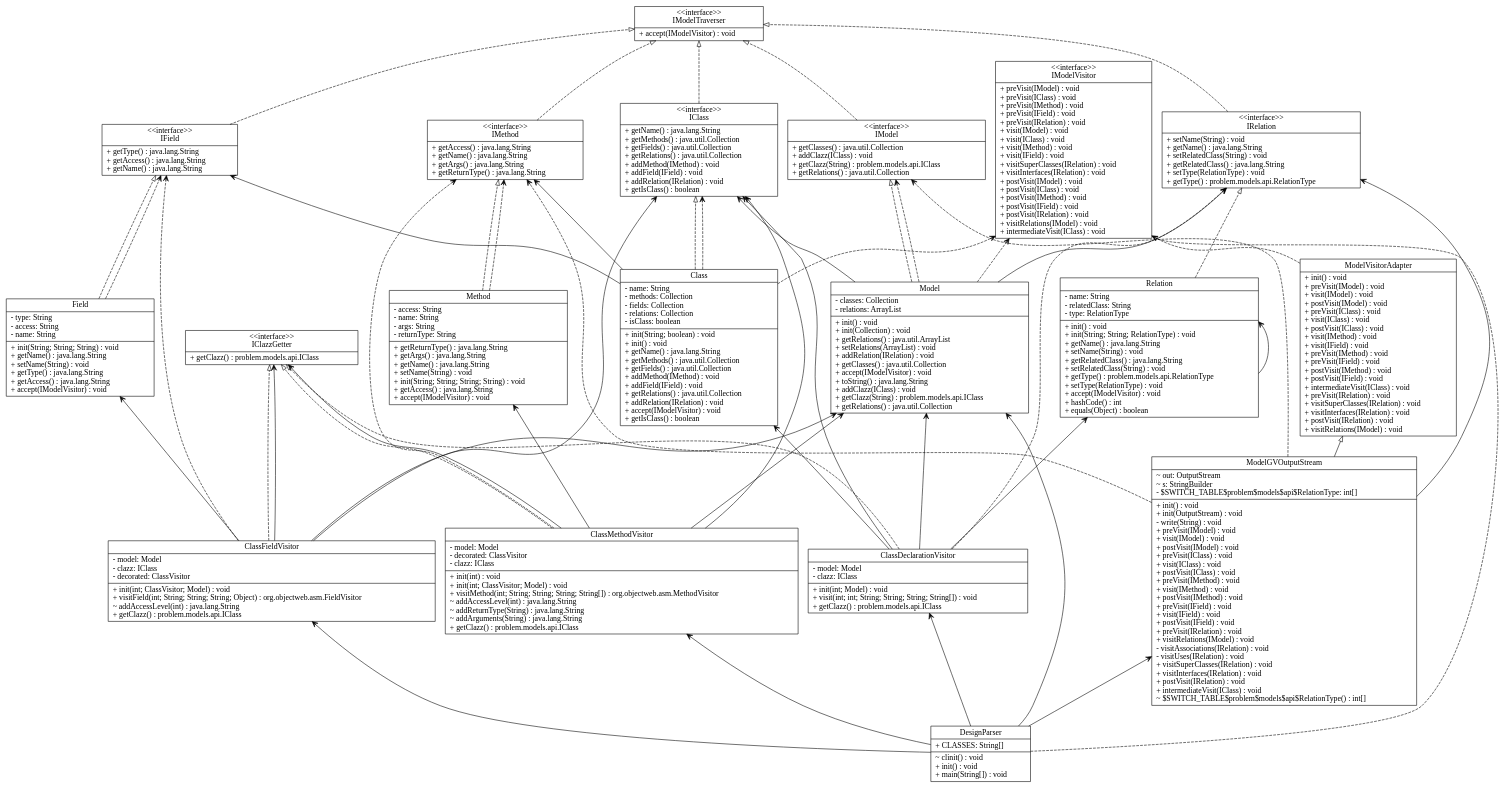
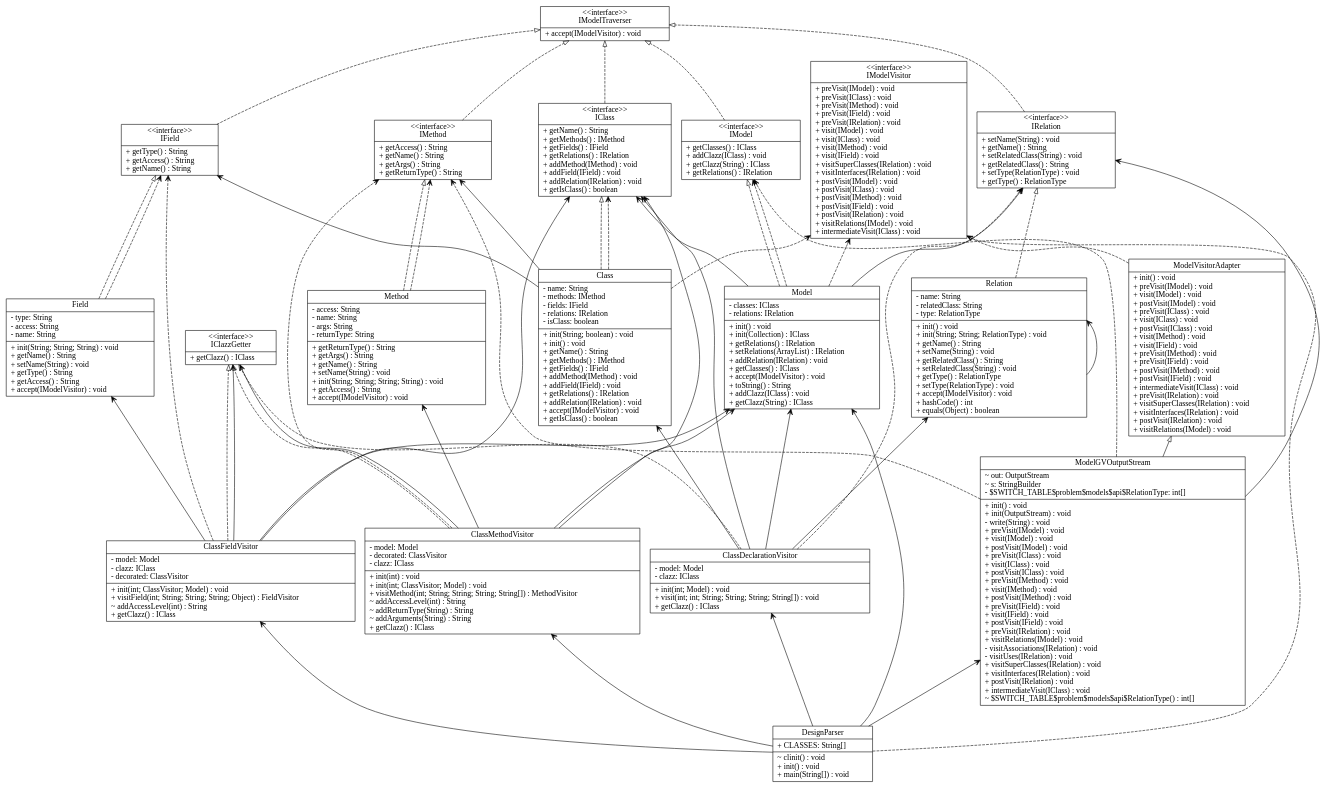
One commit to tpunt3/Csse374 changed the diagram in input_output/model.gv. Above: the diagram before and after it, drawn with Graphviz. The commit also changed 10 other files, not shown here.

```diff
--- a/input_output/model.gv
+++ b/input_output/model.gv
@@ -1,149 +1,149 @@
 digraph model{
 rankdir = BT;
 ClassDeclarationVisitor [
 shape="record",
-label = "{ClassDeclarationVisitor| - model: Model\l- clazz: IClass\l|+ init(int; Model) : void\l+ visit(int; int; String; String; String; String[]) : void\l+ getClazz() : problem.models.api.IClass\l}"
+label = "{ClassDeclarationVisitor| - model: Model\l- clazz: IClass\l|+ init(int; Model) : void\l+ visit(int; int; String; String; String; String[]) : void\l+ getClazz() : IClass\l}"
 ];
 
 ClassFieldVisitor [
 shape="record",
-label = "{ClassFieldVisitor| - model: Model\l- clazz: IClass\l- decorated: ClassVisitor\l|+ init(int; ClassVisitor; Model) : void\l+ visitField(int; String; String; String; Object) : org.objectweb.asm.FieldVisitor\l~ addAccessLevel(int) : java.lang.String\l+ getClazz() : problem.models.api.IClass\l}"
+label = "{ClassFieldVisitor| - model: Model\l- clazz: IClass\l- decorated: ClassVisitor\l|+ init(int; ClassVisitor; Model) : void\l+ visitField(int; String; String; String; Object) : FieldVisitor\l~ addAccessLevel(int) : String\l+ getClazz() : IClass\l}"
 ];
 
 ClassMethodVisitor [
 shape="record",
-label = "{ClassMethodVisitor| - model: Model\l- decorated: ClassVisitor\l- clazz: IClass\l|+ init(int) : void\l+ init(int; ClassVisitor; Model) : void\l+ visitMethod(int; String; String; String; String[]) : org.objectweb.asm.MethodVisitor\l~ addAccessLevel(int) : java.lang.String\l~ addReturnType(String) : java.lang.String\l~ addArguments(String) : java.lang.String\l+ getClazz() : problem.models.api.IClass\l}"
+label = "{ClassMethodVisitor| - model: Model\l- decorated: ClassVisitor\l- clazz: IClass\l|+ init(int) : void\l+ init(int; ClassVisitor; Model) : void\l+ visitMethod(int; String; String; String; String[]) : MethodVisitor\l~ addAccessLevel(int) : String\l~ addReturnType(String) : String\l~ addArguments(String) : String\l+ getClazz() : IClass\l}"
 ];
 
 DesignParser [
 shape="record",
 label = "{DesignParser| + CLASSES: String[]\l|~ clinit() : void\l+ init() : void\l+ main(String[]) : void\l}"
 ];
 
 IClazzGetter [
 shape="record",
-label = "{\<\<interface\>\>\nIClazzGetter| + getClazz() : problem.models.api.IClass\l}"
+label = "{\<\<interface\>\>\nIClazzGetter| + getClazz() : IClass\l}"
 ];
 
 IModelTraverser [
 shape="record",
 label = "{\<\<interface\>\>\nIModelTraverser| + accept(IModelVisitor) : void\l}"
 ];
 
 IModelVisitor [
 shape="record",
 label = "{\<\<interface\>\>\nIModelVisitor| + preVisit(IModel) : void\l+ preVisit(IClass) : void\l+ preVisit(IMethod) : void\l+ preVisit(IField) : void\l+ preVisit(IRelation) : void\l+ visit(IModel) : void\l+ visit(IClass) : void\l+ visit(IMethod) : void\l+ visit(IField) : void\l+ visitSuperClasses(IRelation) : void\l+ visitInterfaces(IRelation) : void\l+ postVisit(IModel) : void\l+ postVisit(IClass) : void\l+ postVisit(IMethod) : void\l+ postVisit(IField) : void\l+ postVisit(IRelation) : void\l+ visitRelations(IModel) : void\l+ intermediateVisit(IClass) : void\l}"
 ];
 
 ModelVisitorAdapter [
 shape="record",
 label = "{ModelVisitorAdapter| + init() : void\l+ preVisit(IModel) : void\l+ visit(IModel) : void\l+ postVisit(IModel) : void\l+ preVisit(IClass) : void\l+ visit(IClass) : void\l+ postVisit(IClass) : void\l+ visit(IMethod) : void\l+ visit(IField) : void\l+ preVisit(IMethod) : void\l+ preVisit(IField) : void\l+ postVisit(IMethod) : void\l+ postVisit(IField) : void\l+ intermediateVisit(IClass) : void\l+ preVisit(IRelation) : void\l+ visitSuperClasses(IRelation) : void\l+ visitInterfaces(IRelation) : void\l+ postVisit(IRelation) : void\l+ visitRelations(IModel) : void\l}"
 ];
 
 IClass [
 shape="record",
-label = "{\<\<interface\>\>\nIClass| + getName() : java.lang.String\l+ getMethods() : java.util.Collection\l+ getFields() : java.util.Collection\l+ getRelations() : java.util.Collection\l+ addMethod(IMethod) : void\l+ addField(IField) : void\l+ addRelation(IRelation) : void\l+ getIsClass() : boolean\l}"
+label = "{\<\<interface\>\>\nIClass| + getName() : String\l+ getMethods() : IMethod\l+ getFields() : IField\l+ getRelations() : IRelation\l+ addMethod(IMethod) : void\l+ addField(IField) : void\l+ addRelation(IRelation) : void\l+ getIsClass() : boolean\l}"
 ];
 
 IField [
 shape="record",
-label = "{\<\<interface\>\>\nIField| + getType() : java.lang.String\l+ getAccess() : java.lang.String\l+ getName() : java.lang.String\l}"
+label = "{\<\<interface\>\>\nIField| + getType() : String\l+ getAccess() : String\l+ getName() : String\l}"
 ];
 
 IMethod [
 shape="record",
-label = "{\<\<interface\>\>\nIMethod| + getAccess() : java.lang.String\l+ getName() : java.lang.String\l+ getArgs() : java.lang.String\l+ getReturnType() : java.lang.String\l}"
+label = "{\<\<interface\>\>\nIMethod| + getAccess() : String\l+ getName() : String\l+ getArgs() : String\l+ getReturnType() : String\l}"
 ];
 
 IModel [
 shape="record",
-label = "{\<\<interface\>\>\nIModel| + getClasses() : java.util.Collection\l+ addClazz(IClass) : void\l+ getClazz(String) : problem.models.api.IClass\l+ getRelations() : java.util.Collection\l}"
+label = "{\<\<interface\>\>\nIModel| + getClasses() : IClass\l+ addClazz(IClass) : void\l+ getClazz(String) : IClass\l+ getRelations() : IRelation\l}"
 ];
 
 IRelation [
 shape="record",
-label = "{\<\<interface\>\>\nIRelation| + setName(String) : void\l+ getName() : java.lang.String\l+ setRelatedClass(String) : void\l+ getRelatedClass() : java.lang.String\l+ setType(RelationType) : void\l+ getType() : problem.models.api.RelationType\l}"
+label = "{\<\<interface\>\>\nIRelation| + setName(String) : void\l+ getName() : String\l+ setRelatedClass(String) : void\l+ getRelatedClass() : String\l+ setType(RelationType) : void\l+ getType() : RelationType\l}"
 ];
 
 Class [
 shape="record",
-label = "{Class| - name: String\l- methods: Collection\l- fields: Collection\l- relations: Collection\l- isClass: boolean\l|+ init(String; boolean) : void\l+ init() : void\l+ getName() : java.lang.String\l+ getMethods() : java.util.Collection\l+ getFields() : java.util.Collection\l+ addMethod(IMethod) : void\l+ addField(IField) : void\l+ getRelations() : java.util.Collection\l+ addRelation(IRelation) : void\l+ accept(IModelVisitor) : void\l+ getIsClass() : boolean\l}"
+label = "{Class| - name: String\l- methods: IMethod\l- fields: IField\l- relations: IRelation\l- isClass: boolean\l|+ init(String; boolean) : void\l+ init() : void\l+ getName() : String\l+ getMethods() : IMethod\l+ getFields() : IField\l+ addMethod(IMethod) : void\l+ addField(IField) : void\l+ getRelations() : IRelation\l+ addRelation(IRelation) : void\l+ accept(IModelVisitor) : void\l+ getIsClass() : boolean\l}"
 ];
 
 Field [
 shape="record",
-label = "{Field| - type: String\l- access: String\l- name: String\l|+ init(String; String; String) : void\l+ getName() : java.lang.String\l+ setName(String) : void\l+ getType() : java.lang.String\l+ getAccess() : java.lang.String\l+ accept(IModelVisitor) : void\l}"
+label = "{Field| - type: String\l- access: String\l- name: String\l|+ init(String; String; String) : void\l+ getName() : String\l+ setName(String) : void\l+ getType() : String\l+ getAccess() : String\l+ accept(IModelVisitor) : void\l}"
 ];
 
 Method [
 shape="record",
-label = "{Method| - access: String\l- name: String\l- args: String\l- returnType: String\l|+ getReturnType() : java.lang.String\l+ getArgs() : java.lang.String\l+ getName() : java.lang.String\l+ setName(String) : void\l+ init(String; String; String; String) : void\l+ getAccess() : java.lang.String\l+ accept(IModelVisitor) : void\l}"
+label = "{Method| - access: String\l- name: String\l- args: String\l- returnType: String\l|+ getReturnType() : String\l+ getArgs() : String\l+ getName() : String\l+ setName(String) : void\l+ init(String; String; String; String) : void\l+ getAccess() : String\l+ accept(IModelVisitor) : void\l}"
 ];
 
 Model [
 shape="record",
-label = "{Model| - classes: Collection\l- relations: ArrayList\l|+ init() : void\l+ init(Collection) : void\l+ getRelations() : java.util.ArrayList\l+ setRelations(ArrayList) : void\l+ addRelation(IRelation) : void\l+ getClasses() : java.util.Collection\l+ accept(IModelVisitor) : void\l+ toString() : java.lang.String\l+ addClazz(IClass) : void\l+ getClazz(String) : problem.models.api.IClass\l+ getRelations() : java.util.Collection\l}"
+label = "{Model| - classes: IClass\l- relations: IRelation\l|+ init() : void\l+ init(Collection) : IClass\l+ getRelations() : IRelation\l+ setRelations(ArrayList) : IRelation\l+ addRelation(IRelation) : void\l+ getClasses() : IClass\l+ accept(IModelVisitor) : void\l+ toString() : String\l+ addClazz(IClass) : void\l+ getClazz(String) : IClass\l}"
 ];
 
 ModelGVOutputStream [
 shape="record",
 label = "{ModelGVOutputStream| ~ out: OutputStream\l~ s: StringBuilder\l- $SWITCH_TABLE$problem$models$api$RelationType: int[]\l|+ init() : void\l+ init(OutputStream) : void\l- write(String) : void\l+ preVisit(IModel) : void\l+ visit(IModel) : void\l+ postVisit(IModel) : void\l+ preVisit(IClass) : void\l+ visit(IClass) : void\l+ postVisit(IClass) : void\l+ preVisit(IMethod) : void\l+ visit(IMethod) : void\l+ postVisit(IMethod) : void\l+ preVisit(IField) : void\l+ visit(IField) : void\l+ postVisit(IField) : void\l+ preVisit(IRelation) : void\l+ visitRelations(IModel) : void\l- visitAssociations(IRelation) : void\l- visitUses(IRelation) : void\l+ visitSuperClasses(IRelation) : void\l+ visitInterfaces(IRelation) : void\l+ postVisit(IRelation) : void\l+ intermediateVisit(IClass) : void\l~ $SWITCH_TABLE$problem$models$api$RelationType() : int[]\l}"
 ];
 
 Relation [
 shape="record",
-label = "{Relation| - name: String\l- relatedClass: String\l- type: RelationType\l|+ init() : void\l+ init(String; String; RelationType) : void\l+ getName() : java.lang.String\l+ setName(String) : void\l+ getRelatedClass() : java.lang.String\l+ setRelatedClass(String) : void\l+ getType() : problem.models.api.RelationType\l+ setType(RelationType) : void\l+ accept(IModelVisitor) : void\l+ hashCode() : int\l+ equals(Object) : boolean\l}"
+label = "{Relation| - name: String\l- relatedClass: String\l- type: RelationType\l|+ init() : void\l+ init(String; String; RelationType) : void\l+ getName() : String\l+ setName(String) : void\l+ getRelatedClass() : String\l+ setRelatedClass(String) : void\l+ getType() : RelationType\l+ setType(RelationType) : void\l+ accept(IModelVisitor) : void\l+ hashCode() : int\l+ equals(Object) : boolean\l}"
 ];
 
 //writing relations between classes now
 ClassDeclarationVisitor -> IClazzGetter [arrowhead = "empty", style = "dashed"];
 ClassDeclarationVisitor -> Model [arrowhead = "vee"];
 ClassDeclarationVisitor -> Class [arrowhead = "vee"];
 ClassDeclarationVisitor -> IClass [arrowhead = "vee"];
 ClassDeclarationVisitor -> Relation [arrowhead = "vee"];
 ClassDeclarationVisitor -> IRelation [arrowhead = "vee", style = "dashed"];
 ClassFieldVisitor -> IClazzGetter [arrowhead = "empty", style = "dashed"];
 ClassFieldVisitor -> Model [arrowhead = "vee"];
 ClassFieldVisitor -> IClass [arrowhead = "vee"];
 ClassFieldVisitor -> Field [arrowhead = "vee"];
 ClassFieldVisitor -> IField [arrowhead = "vee", style = "dashed"];
 ClassFieldVisitor -> IClazzGetter [arrowhead = "vee"];
 ClassMethodVisitor -> IClazzGetter [arrowhead = "empty", style = "dashed"];
 ClassMethodVisitor -> IClass [arrowhead = "vee"];
 ClassMethodVisitor -> Model [arrowhead = "vee"];
 ClassMethodVisitor -> Method [arrowhead = "vee"];
 ClassMethodVisitor -> IMethod [arrowhead = "vee", style = "dashed"];
 ClassMethodVisitor -> IClazzGetter [arrowhead = "vee"];
 DesignParser -> Model [arrowhead = "vee"];
 DesignParser -> ClassDeclarationVisitor [arrowhead = "vee"];
 DesignParser -> ClassFieldVisitor [arrowhead = "vee"];
 DesignParser -> ClassMethodVisitor [arrowhead = "vee"];
 DesignParser -> ModelGVOutputStream [arrowhead = "vee"];
 DesignParser -> IModelVisitor [arrowhead = "vee", style = "dashed"];
 ModelVisitorAdapter -> IModelVisitor [arrowhead = "empty", style = "dashed"];
 IClass -> IModelTraverser [arrowhead = "empty", style = "dashed"];
 IField -> IModelTraverser [arrowhead = "empty", style = "dashed"];
 IMethod -> IModelTraverser [arrowhead = "empty", style = "dashed"];
 IModel -> IModelTraverser [arrowhead = "empty", style = "dashed"];
 IRelation -> IModelTraverser [arrowhead = "empty", style = "dashed"];
 Class -> IClass [arrowhead = "empty", style = "dashed"];
 Class -> IClass [arrowhead = "vee", style = "dashed"];
 Class -> IField [arrowhead = "vee"];
 Class -> IModelVisitor [arrowhead = "vee", style = "dashed"];
 Class -> IMethod [arrowhead = "vee"];
 Field -> IField [arrowhead = "empty", style = "dashed"];
 Field -> IField [arrowhead = "vee", style = "dashed"];
 Method -> IMethod [arrowhead = "empty", style = "dashed"];
 Method -> IMethod [arrowhead = "vee", style = "dashed"];
 Model -> IModel [arrowhead = "empty", style = "dashed"];
 Model -> IRelation [arrowhead = "vee"];
 Model -> IModel [arrowhead = "vee", style = "dashed"];
 Model -> IClass [arrowhead = "vee"];
 Model -> IModelVisitor [arrowhead = "vee", style = "dashed"];
 ModelGVOutputStream -> ModelVisitorAdapter [arrowhead = "empty"];
 ModelGVOutputStream -> IModel [arrowhead = "vee", style = "dashed"];
 ModelGVOutputStream -> IMethod [arrowhead = "vee", style = "dashed"];
 ModelGVOutputStream -> IRelation [arrowhead = "vee"];
 Relation -> IRelation [arrowhead = "empty", style = "dashed"];
 Relation -> Relation [arrowhead = "vee"];
 }
```
